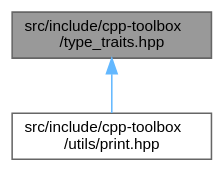
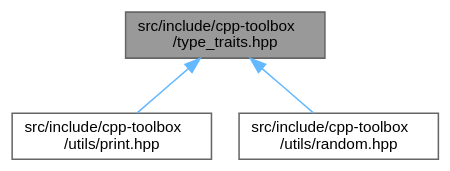
One commit to nerdneilsfield/cpp-toolbox changed the diagram in type__traits_8hpp__dep__incl.dot. Above: the diagram before and after it, drawn with Graphviz. The commit also changed 96 other files, not shown here.

```diff
--- a/type__traits_8hpp__dep__incl.dot
+++ b/type__traits_8hpp__dep__incl.dot
@@ -1,10 +1,12 @@
 digraph "src/include/cpp-toolbox/type_traits.hpp"
 {
  // LATEX_PDF_SIZE
   bgcolor="transparent";
   edge [fontname=Helvetica,fontsize=10,labelfontname=Helvetica,labelfontsize=10];
   node [fontname=Helvetica,fontsize=10,shape=box,height=0.2,width=0.4];
   Node1 [id="Node000001",label="src/include/cpp-toolbox\l/type_traits.hpp",height=0.2,width=0.4,color="gray40", fillcolor="grey60", style="filled", fontcolor="black",tooltip="类型特征工具集合/Type traits utilities collection"];
   Node1 -> Node2 [id="edge1_Node000001_Node000002",dir="back",color="steelblue1",style="solid",tooltip=" "];
   Node2 [id="Node000002",label="src/include/cpp-toolbox\l/utils/print.hpp",height=0.2,width=0.4,color="grey40", fillcolor="white", style="filled",URL="$print_8hpp.html",tooltip=" "];
+  Node1 -> Node3 [id="edge2_Node000001_Node000003",dir="back",color="steelblue1",style="solid",tooltip=" "];
+  Node3 [id="Node000003",label="src/include/cpp-toolbox\l/utils/random.hpp",height=0.2,width=0.4,color="grey40", fillcolor="white", style="filled",URL="$random_8hpp.html",tooltip=" "];
 }
```
